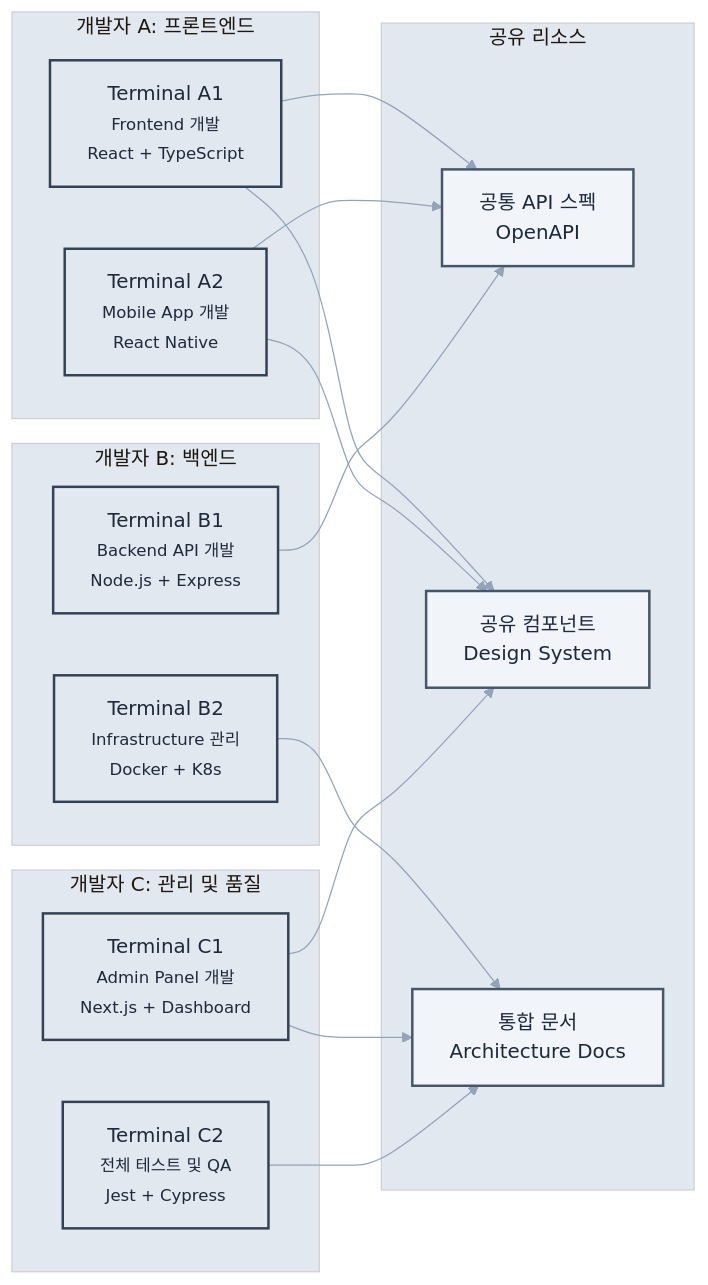
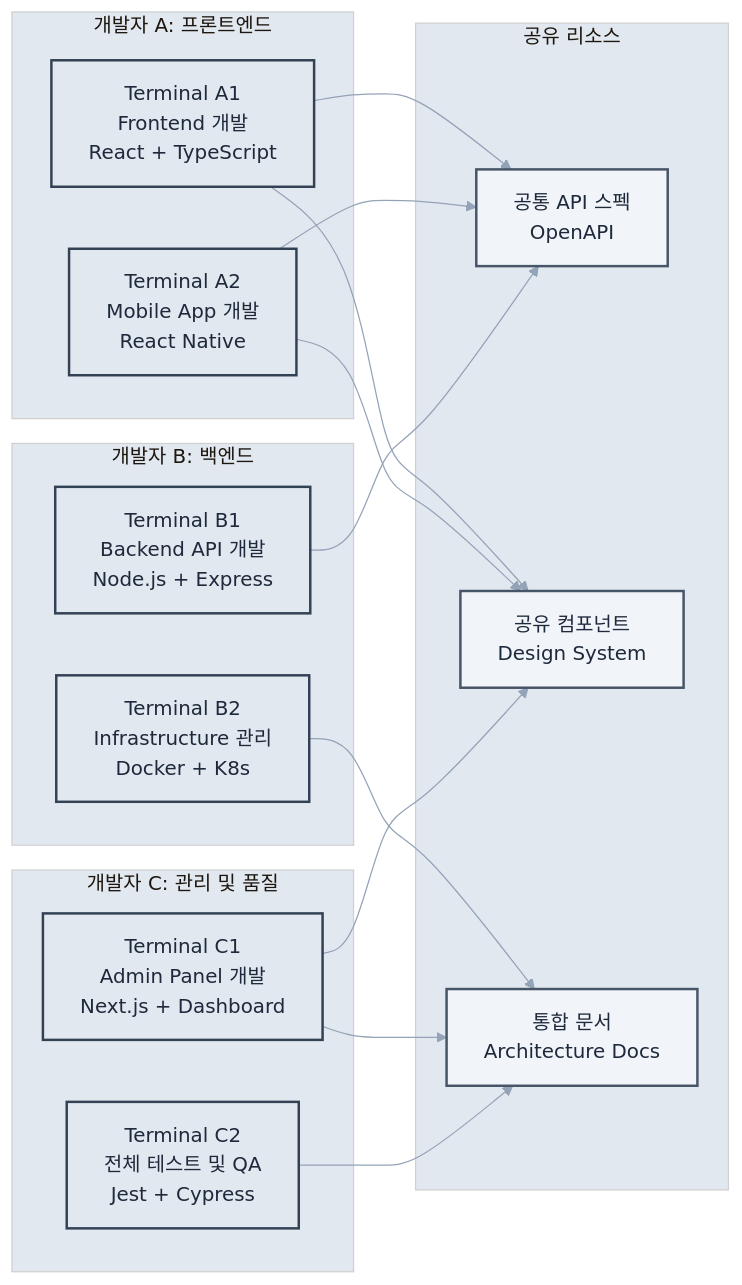
One commit to revfactory/claude-code-mastering changed the fourth of 4 diagrams in book/08-chapter8.md. Above: the diagram before and after it, drawn with Mermaid. The commit also changed other lines of this file and 10 other files, not shown here.

First line of the commit message:
fix: 챕터 2-13 Mermaid 다이어그램 텍스트 렌더링 최적화

````diff
--- a/book/08-chapter8.md
+++ b/book/08-chapter8.md
@@ -587,40 +587,40 @@
 ```mermaid
-%%{init: {"theme": "base", "themeVariables": {"primaryColor": "#f8fafc", "primaryTextColor": "#1e293b", "primaryBorderColor": "#e2e8f0", "lineColor": "#94a3b8", "secondaryColor": "#f1f5f9", "tertiaryColor": "#e2e8f0"}}}%%
+%%{init: {"theme": "base", "themeVariables": {"primaryColor": "#f8fafc", "primaryTextColor": "#1e293b", "primaryBorderColor": "#e2e8f0", "lineColor": "#94a3b8", "secondaryColor": "#f1f5f9", "tertiaryColor": "#e2e8f0"}, "flowchart": {"htmlLabels": false, "useMaxWidth": false}}}%%
 graph LR
     subgraph devA [개발자 A: 프론트엔드]
-        A1[Terminal A1<br/><small>Frontend 개발<br/>React + TypeScript</small>]
-        A2[Terminal A2<br/><small>Mobile App 개발<br/>React Native</small>]
+        A1[Terminal A1<br/>Frontend 개발<br/>React + TypeScript]
+        A2[Terminal A2<br/>Mobile App 개발<br/>React Native]
     end
     
     subgraph devB [개발자 B: 백엔드]
-        B1[Terminal B1<br/><small>Backend API 개발<br/>Node.js + Express</small>]
-        B2[Terminal B2<br/><small>Infrastructure 관리<br/>Docker + K8s</small>]
+        B1[Terminal B1<br/>Backend API 개발<br/>Node.js + Express]
+        B2[Terminal B2<br/>Infrastructure 관리<br/>Docker + K8s]
     end
     
     subgraph devC [개발자 C: 관리 및 품질]
-        C1[Terminal C1<br/><small>Admin Panel 개발<br/>Next.js + Dashboard</small>]
-        C2[Terminal C2<br/><small>전체 테스트 및 QA<br/>Jest + Cypress</small>]
+        C1[Terminal C1<br/>Admin Panel 개발<br/>Next.js + Dashboard]
+        C2[Terminal C2<br/>전체 테스트 및 QA<br/>Jest + Cypress]
     end
     
     subgraph shared [공유 리소스]
         S1[공통 API 스펙<br/>OpenAPI]
         S2[공유 컴포넌트<br/>Design System]
         S3[통합 문서<br/>Architecture Docs]
     end
     
     A1 --> S1
     A1 --> S2
     A2 --> S1
     A2 --> S2
     B1 --> S1
     B2 --> S3
     C1 --> S2
     C1 --> S3
     C2 --> S3
     
     classDef devStyle fill:#e2e8f0,stroke:#334155,stroke-width:2px,color:#1e293b
     classDef sharedStyle fill:#f1f5f9,stroke:#475569,stroke-width:2px,color:#1e293b
     
     class A1,A2,B1,B2,C1,C2 devStyle
     class S1,S2,S3 sharedStyle
 ```
````
